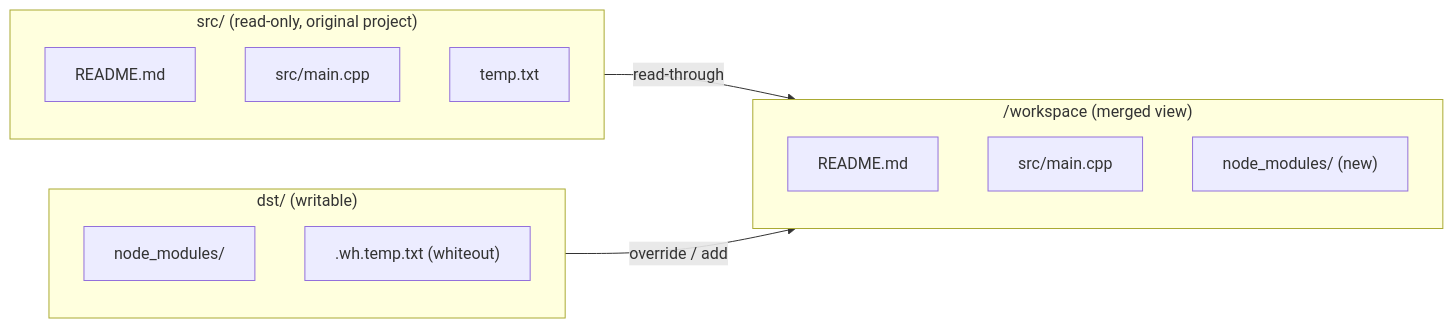
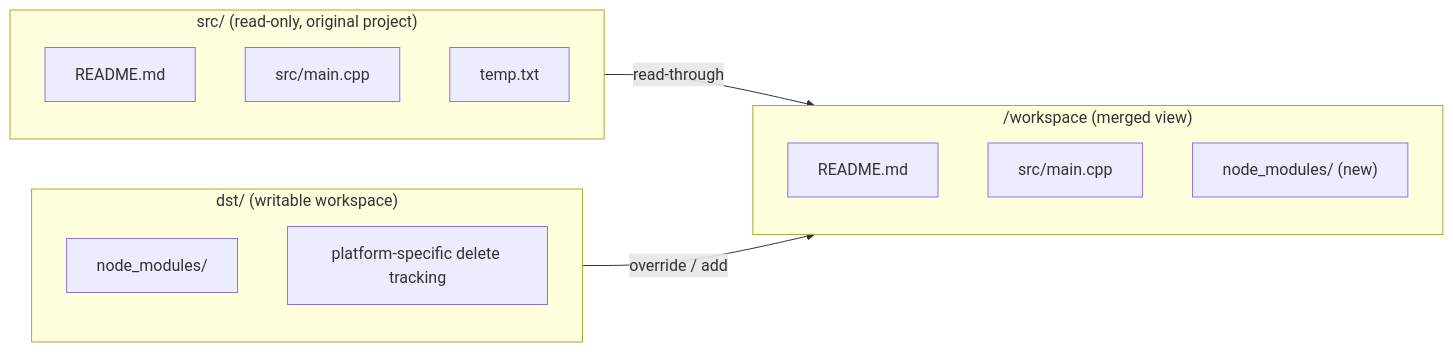
One commit to xicilion/boxsh changed the second of 4 diagrams in docs/usage.md. Above: the diagram before and after it, drawn with Mermaid. The commit also changed other lines of this file and 10 other files, not shown here.

````diff
--- a/docs/usage.md
+++ b/docs/usage.md
@@ -83,23 +83,23 @@
 ```mermaid
 flowchart LR
     subgraph Merged["/workspace (merged view)"]
         direction TB
         F1["README.md"]
         F2["src/main.cpp"]
         F3["node_modules/ (new)"]
     end
 
-    subgraph Upper["dst/ (writable)"]
+    subgraph Upper["dst/ (writable workspace)"]
         U1["node_modules/"]
-        U2[".wh.temp.txt (whiteout)"]
+      U2["platform-specific delete tracking"]
     end
 
     subgraph Lower["src/ (read-only, original project)"]
         L1["README.md"]
         L2["src/main.cpp"]
         L3["temp.txt"]
     end
 
     Lower -- "read-through" --> Merged
     Upper -- "override / add" --> Merged
 ```
````
